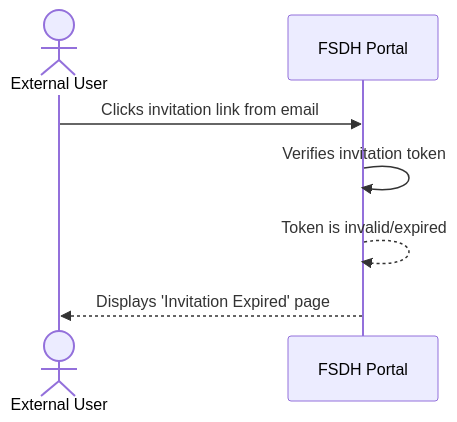
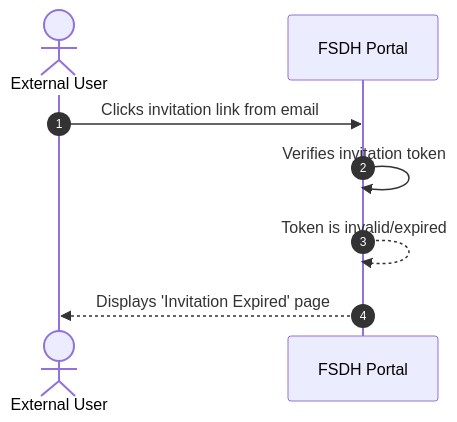
The sixth of 6 diagrams in DeveloperGuide/GCCF/oidc_flow.md (ssc-sp/datahub-docs), drawn with Mermaid before and after one commit. The commit also changed other lines of this file, not shown here.

````diff
--- a/DeveloperGuide/GCCF/oidc_flow.md
+++ b/DeveloperGuide/GCCF/oidc_flow.md
@@ -143,10 +148,11 @@
 ```mermaid
 sequenceDiagram
     actor User as External User
     participant FSDH as FSDH Portal
 
+    autonumber
     User->>FSDH: Clicks invitation link from email
     FSDH->>FSDH: Verifies invitation token
     FSDH-->>FSDH: Token is invalid/expired
     FSDH-->>User: Displays 'Invitation Expired' page
 ```
````
